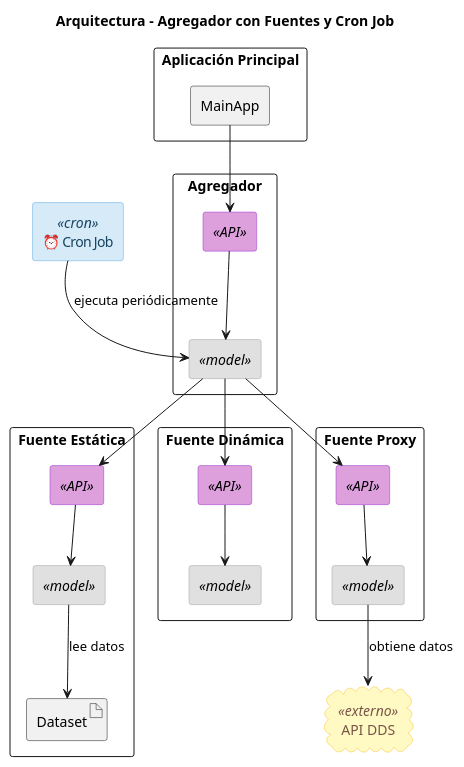
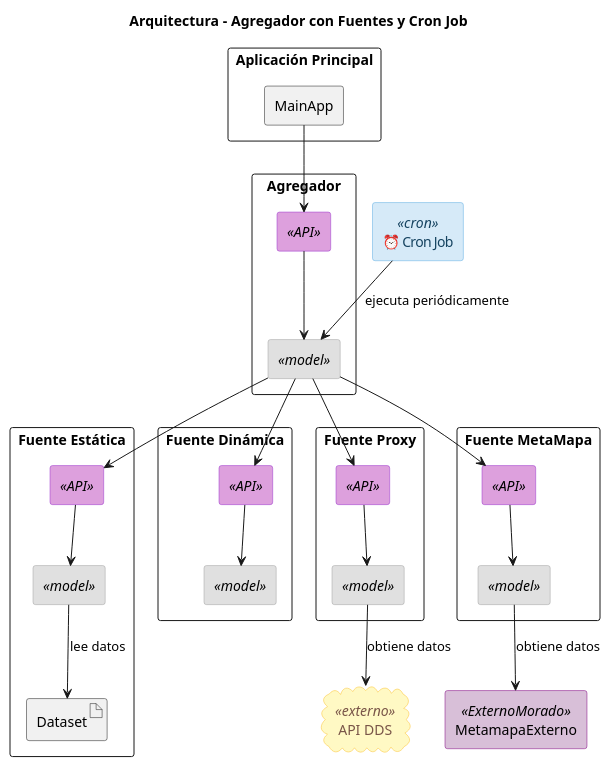
The diagram in diagrams/arquitectura.puml (nicofernandez17/backend-arquitectura-limpia), drawn with PlantUML before and after one commit.

Commit message:
diagrama de arquitectura act metamapa

```diff
--- a/diagrams/arquitectura.puml
+++ b/diagrams/arquitectura.puml
@@ -1,70 +1,84 @@
 @startuml
 title Arquitectura - Agregador con Fuentes y Cron Job
 
 skinparam componentStyle rectangle
 
 ' ==== Estilos personalizados ====
 skinparam component {
     BackgroundColor<<API>> #DDA0DD
     BorderColor<<API>> #9932CC
     BackgroundColor<<model>> #E0E0E0
     BorderColor<<model>> #A0A0A0
     BackgroundColor<<cron>> #D6EAF8
     BorderColor<<cron>> #5DADE2
     FontColor<<cron>> #154360
+    BackgroundColor<<ExternoMorado>> #D8BFD8
+    BorderColor<<ExternoMorado>> #800080
 }
+component "MetamapaExterno" <<ExternoMorado>> as MetamapaExterno
+
 
 skinparam cloud {
     BackgroundColor<<externo>> #FFF9C4
     BorderColor<<externo>> #FBC02D
     FontColor<<externo>> #795548
 }
 
 ' ==== Aplicación Principal ====
 component "Aplicación Principal" {
     [MainApp]
 }
 
 ' ==== Agregador ====
 component "Agregador" {
     [ ] <<model>> as AgregadorModel
     component " " <<API>> as AgregadorAPI
     MainApp --> AgregadorAPI
     AgregadorAPI --> AgregadorModel
 }
 
 ' ==== Cron Job con estilo ====
 component "⏰ Cron Job" <<cron>> as CronJob
 CronJob --> AgregadorModel : ejecuta periódicamente
 
 ' ==== Fuente Estática ====
 component "Fuente Estática" {
     [ ] <<model>> as EstaticaModel
     component " " <<API>> as EstaticaAPI
     artifact "Dataset" as EstaticaDataset
     AgregadorModel --> EstaticaAPI
     EstaticaAPI --> EstaticaModel
     EstaticaModel --> EstaticaDataset : lee datos
 }
 
 ' ==== Fuente Dinámica ====
 component "Fuente Dinámica" {
     [ ] <<model>> as DinamicaModel
     component " " <<API>> as DinamicaAPI
     AgregadorModel --> DinamicaAPI
     DinamicaAPI --> DinamicaModel
 }
 
 ' ==== Fuente Proxy ====
 component "Fuente Proxy" {
     [ ] <<model>> as ProxyModel
     component " " <<API>> as ProxyAPI
     AgregadorModel --> ProxyAPI
     ProxyAPI --> ProxyModel
 }
 
+' ==== metamapa ====
+component "Fuente MetaMapa" {
+    [ ] <<model>> as MetamapaModel
+    component " " <<API>> as MetamapaApi
+    AgregadorModel --> MetamapaApi
+    MetamapaApi --> MetamapaModel
+}
+
 ' ==== Servicio Externo (Nube Amarilla) ====
 cloud "API DDS" <<externo>> as ServicioExterno
 ProxyModel --> ServicioExterno : obtiene datos
 
+' ==== MetaMapa Externo (Rectangulo Morado) ====
+MetamapaModel --> MetamapaExterno : obtiene datos
 @enduml
```
